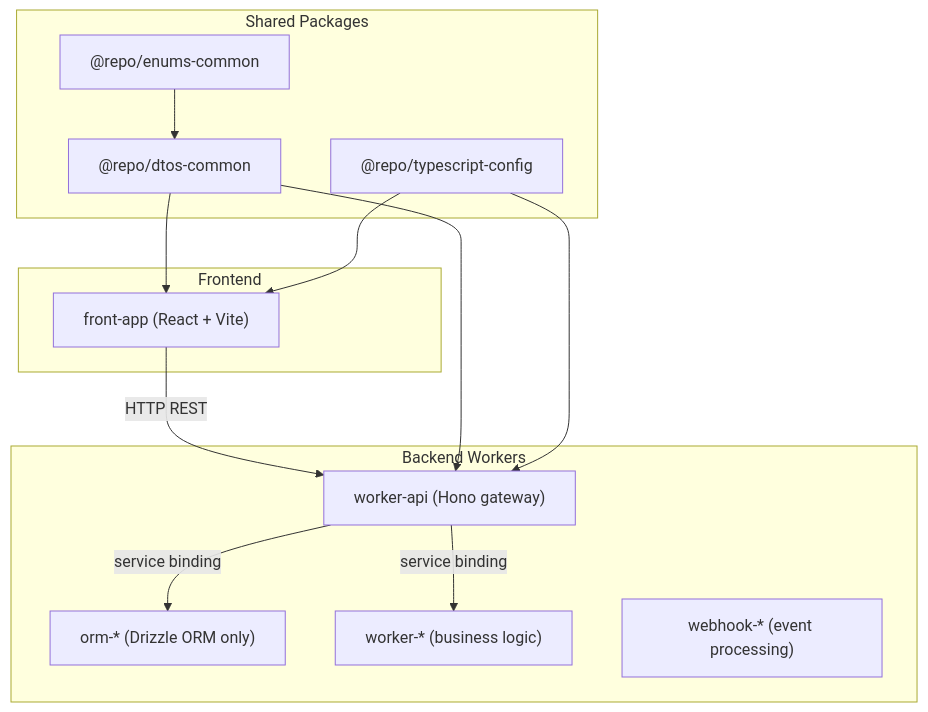
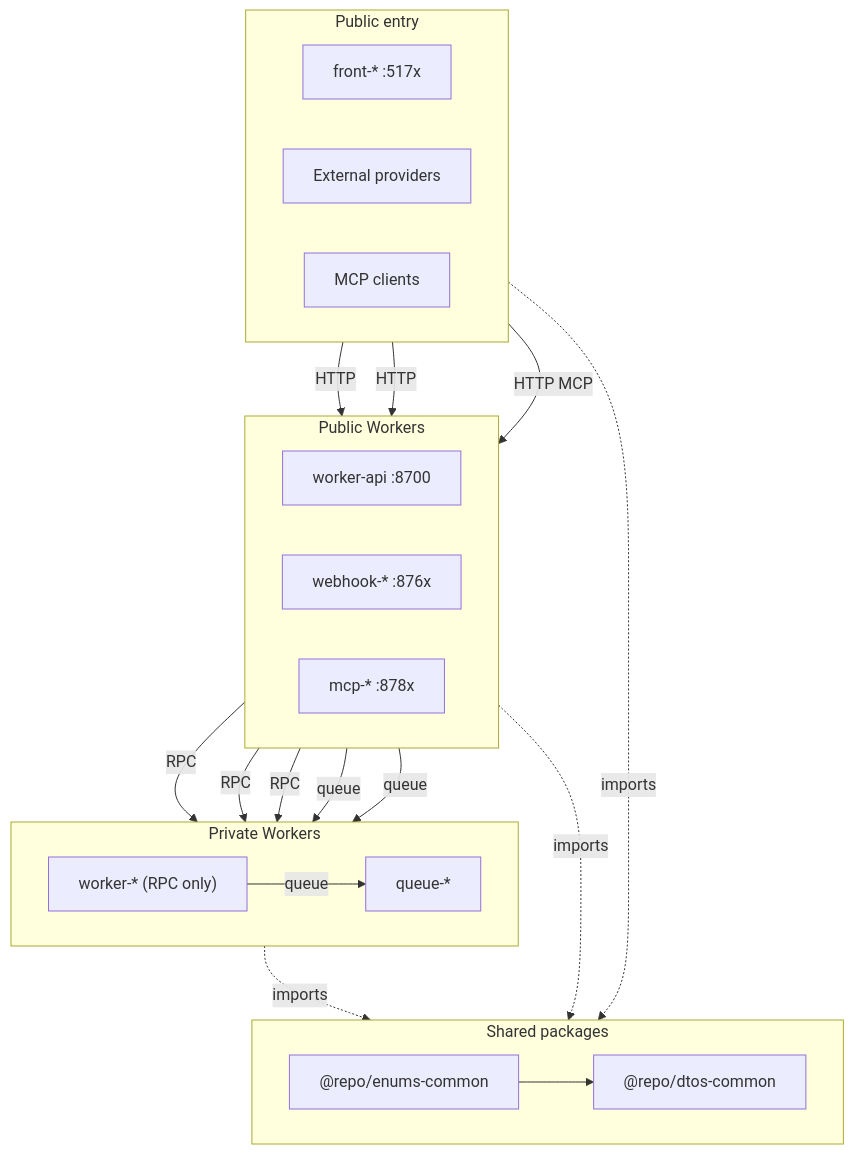
Before and after one commit to louisbrulenaudet/monorepo-template: the diagram in README.md, drawn with Mermaid. The commit also changed other lines of this file and 112 other files, not shown here.

````diff
--- a/README.md
+++ b/README.md
@@ -35,28 +35,45 @@
 ```mermaid
-flowchart TD
-  subgraph frontend [Frontend]
-    FrontApp["front-app (React + Vite)"]
+flowchart TB
+  subgraph entry [Public entry]
+    direction LR
+    Front["front-* :517x"]
+    Ext["External providers"]
+    McpClients["MCP clients"]
   end
 
-  subgraph backend [Backend Workers]
-    WorkerApi["worker-api (Hono gateway)"]
-    OrmWorker["orm-* (Drizzle ORM only)"]
-    BizWorker["worker-* (business logic)"]
-    WebhookWorker["webhook-* (event processing)"]
+  subgraph publicWorkers [Public Workers]
+    direction LR
+    Gateway["worker-api :8700"]
+    Webhook["webhook-* :876x"]
+    Mcp["mcp-* :878x"]
   end
 
-  subgraph shared [Shared Packages]
-    DTOs["@repo/dtos-common"]
-    Enums["@repo/enums-common"]
-    TSConfig["@repo/typescript-config"]
+  subgraph privateWorkers [Private Workers]
+    direction LR
+    Biz["worker-* (RPC only)"]
+    Queue["queue-*"]
   end
 
-  FrontApp -->|"HTTP REST"| WorkerApi
-  WorkerApi -->|"service binding"| OrmWorker
-  WorkerApi -->|"service binding"| BizWorker
-  DTOs --> WorkerApi
-  DTOs --> FrontApp
-  Enums --> DTOs
-  TSConfig --> WorkerApi
-  TSConfig --> FrontApp
+  subgraph shared [Shared packages]
+    direction LR
+    Enums["@repo/enums-common"]
+    DTOs["@repo/dtos-common"]
+    Enums --> DTOs
+  end
+
+  Front -->|HTTP| Gateway
+  Ext -->|HTTP| Webhook
+  McpClients -->|HTTP MCP| Mcp
+
+  Gateway -->|RPC| Biz
+  Webhook -->|RPC| Biz
+  Mcp -->|RPC| Biz
+
+  Gateway -->|queue| Queue
+  Webhook -->|queue| Queue
+  Biz -->|queue| Queue
+
+  Front -.->|imports| shared
+  publicWorkers -.->|imports| shared
+  privateWorkers -.->|imports| shared
 ```
````
